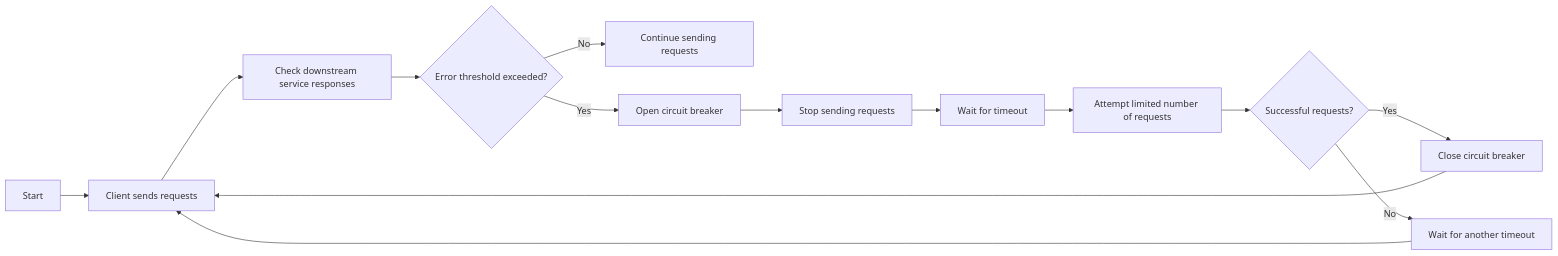
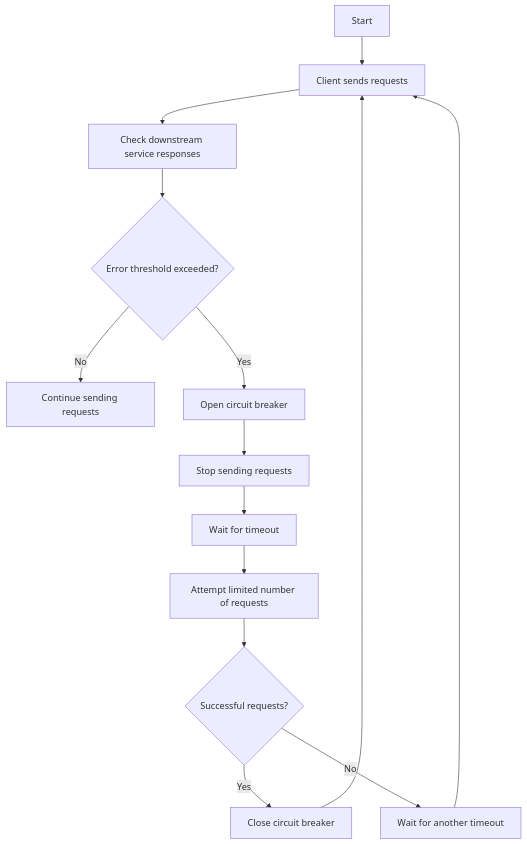
Before and after one commit to rajat965ng/blogs: the diagram in system_design/2_non_functional_requirements/3_availability/5_circuit_breaker.mermaid, drawn with Mermaid.

```diff
--- a/system_design/2_non_functional_requirements/3_availability/5_circuit_breaker.mermaid
+++ b/system_design/2_non_functional_requirements/3_availability/5_circuit_breaker.mermaid
@@ -1,14 +1,14 @@
-graph LR;
+graph TD;
     A[Start] --> B[Client sends requests];
     B --> C[Check downstream service responses];
     C --> D{Error threshold exceeded?};
     D -->|No| E[Continue sending requests];
     D -->|Yes| F[Open circuit breaker];
     F --> G[Stop sending requests];
     G --> H[Wait for timeout];
     H --> I[Attempt limited number of requests];
     I --> J{Successful requests?};
     J -->|Yes| K[Close circuit breaker];
     K --> B;
     J -->|No| L[Wait for another timeout];
     L --> B;
```
